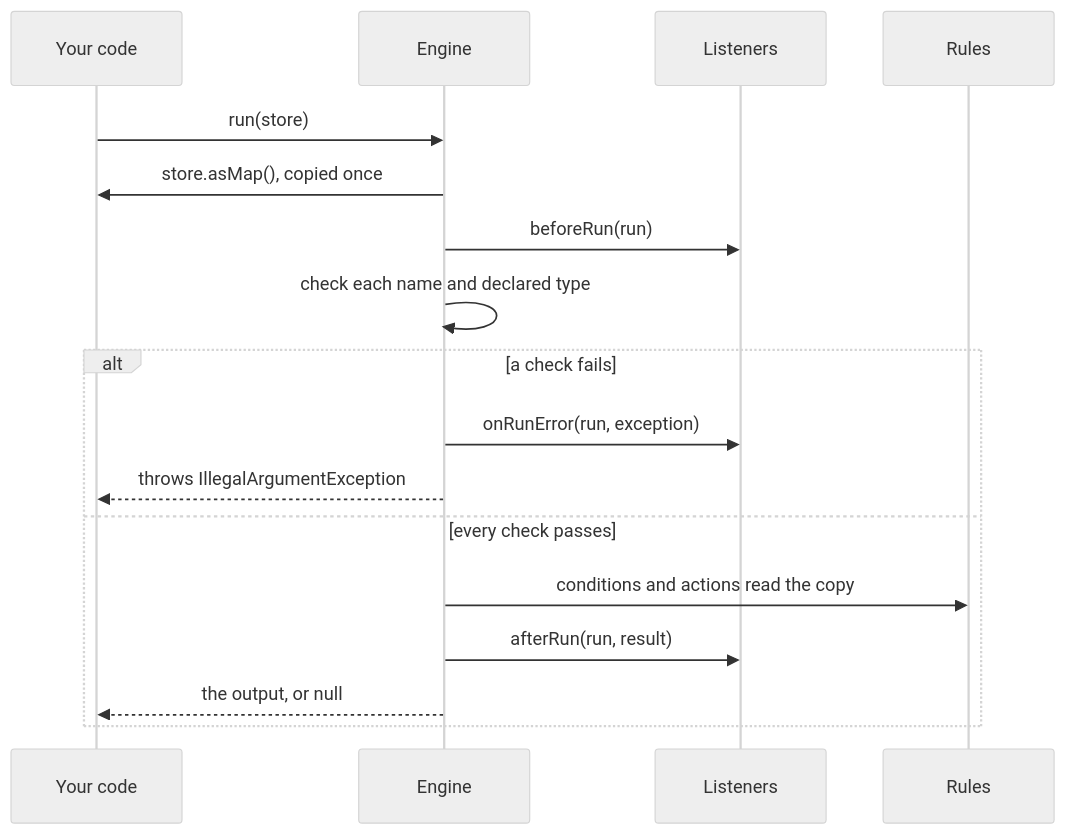
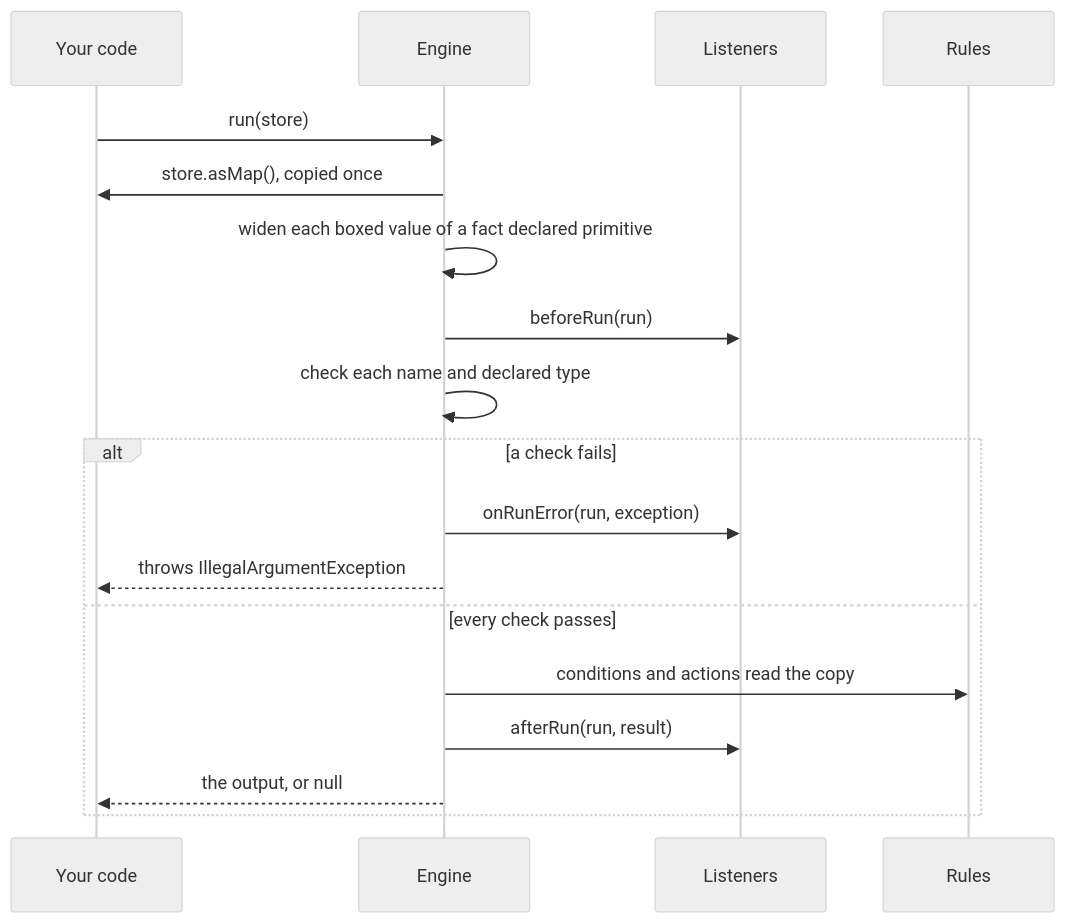
The second of 2 diagrams in docs/facts.md (brantunger/unruly-engine), drawn with Mermaid (neutral theme) before and after one commit. The commit also changed other lines of this file and 16 other files, not shown here.

Commit message:
feat: widen a boxed primitive to a fact declared with a primitive type, as Java does (#572)

````diff
--- a/docs/facts.md
+++ b/docs/facts.md
@@ -189,19 +189,20 @@
 ```mermaid
 sequenceDiagram
     participant App as Your code
     participant E as Engine
     participant L as Listeners
     participant R as Rules
     App->>E: run(store)
     E->>App: store.asMap(), copied once
+    E->>E: widen each boxed value of a fact declared primitive
     E->>L: beforeRun(run)
     E->>E: check each name and declared type
     alt a check fails
         E->>L: onRunError(run, exception)
         E-->>App: throws IllegalArgumentException
     else every check passes
         E->>R: conditions and actions read the copy
         E->>L: afterRun(run, result)
         E-->>App: the output, or null
     end
 ```
````
